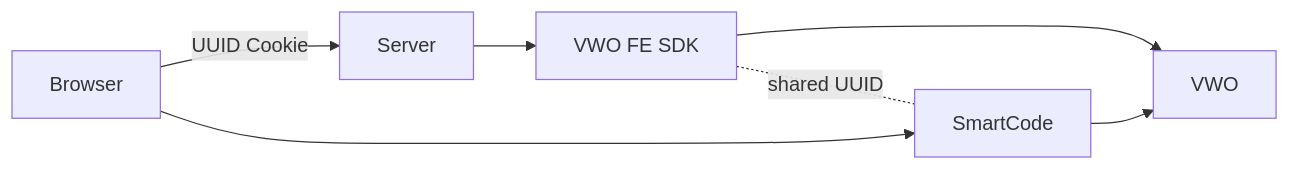
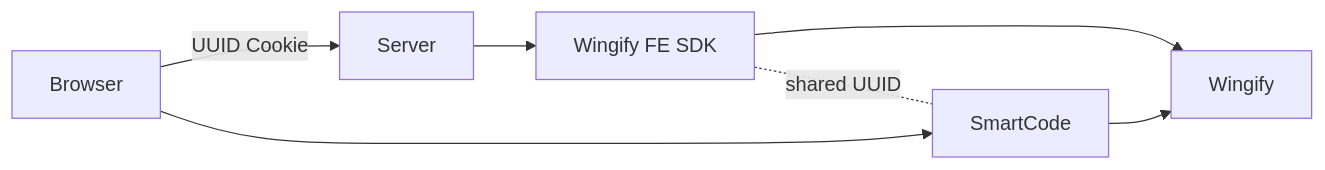
Before and after one commit to wingify/readme-central: the fifth of 6 diagrams in docs/Unified Experimentation/fme-unified-experimentation-identity-synchronization.md, drawn with Mermaid. The commit also changed other lines of this file, not shown here.

````diff
--- a/docs/Unified Experimentation/fme-unified-experimentation-identity-synchronization.md
+++ b/docs/Unified Experimentation/fme-unified-experimentation-identity-synchronization.md
@@ -417,12 +417,12 @@
 ```mermaid
 flowchart LR
     Browser -->|UUID Cookie| Server
-    Server --> FE_SDK[VWO FE SDK]
-    FE_SDK --> VWO
+    Server --> FE_SDK[Wingify FE SDK]
+    FE_SDK --> Wingify
 
     Browser --> SmartCode
-    SmartCode --> VWO
+    SmartCode --> Wingify
 
     FE_SDK -. shared UUID .- SmartCode
 
 ```
````
